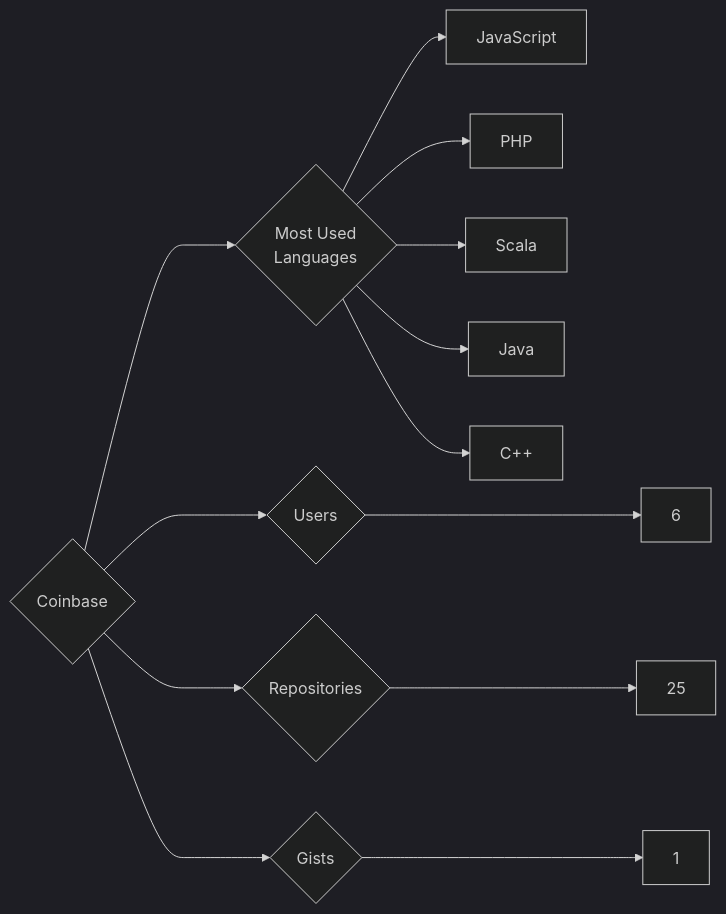
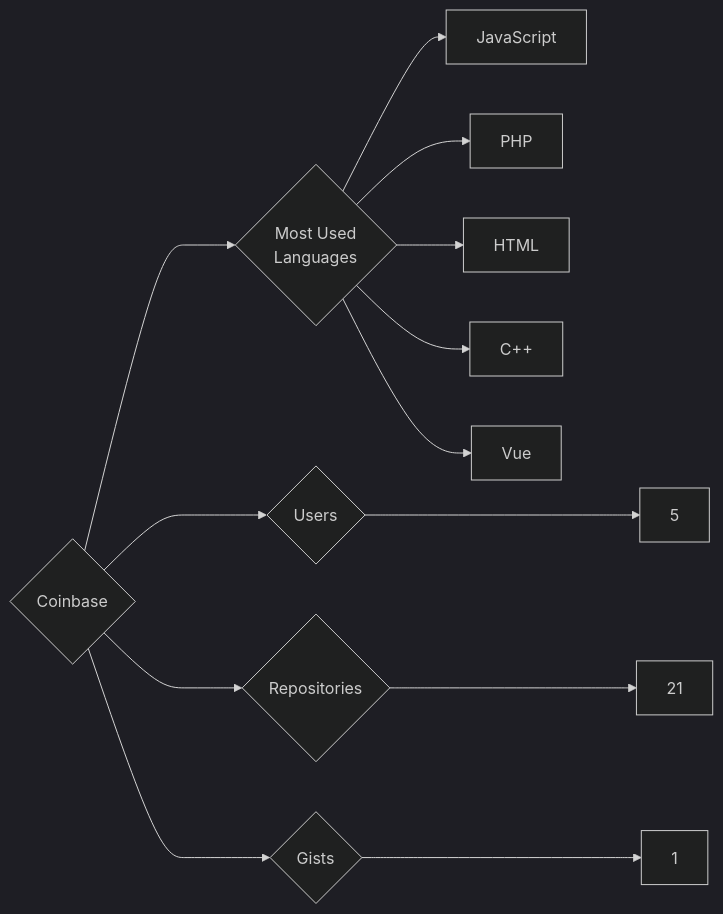
One commit to trickest/insiders changed the diagram in targets/Coinbase/README.md. Above: the diagram before and after it, drawn with Mermaid (dark theme). The commit also changed 1175 other files, not shown here.

````diff
--- a/targets/Coinbase/README.md
+++ b/targets/Coinbase/README.md
@@ -3,13 +3,13 @@
 ```mermaid
 graph LR
 COMPANY_NAME{Coinbase}
-COMPANY_NAME ---> U{Users} ---> UN[6]
-COMPANY_NAME ---> R{Repositories} ---> RN[25]
+COMPANY_NAME ---> U{Users} ---> UN[5]
+COMPANY_NAME ---> R{Repositories} ---> RN[21]
 COMPANY_NAME ---> G{Gists} ---> GN[1]
 COMPANY_NAME ---> ML{Most Used<br>Languages}
 ML --> JavaScript[JavaScript]
 ML --> PHP[PHP]
-ML --> Scala[Scala]
-ML --> Java[Java]
+ML --> HTML[HTML]
 ML --> C++[C++]
+ML --> Vue[Vue]
 ```
````
